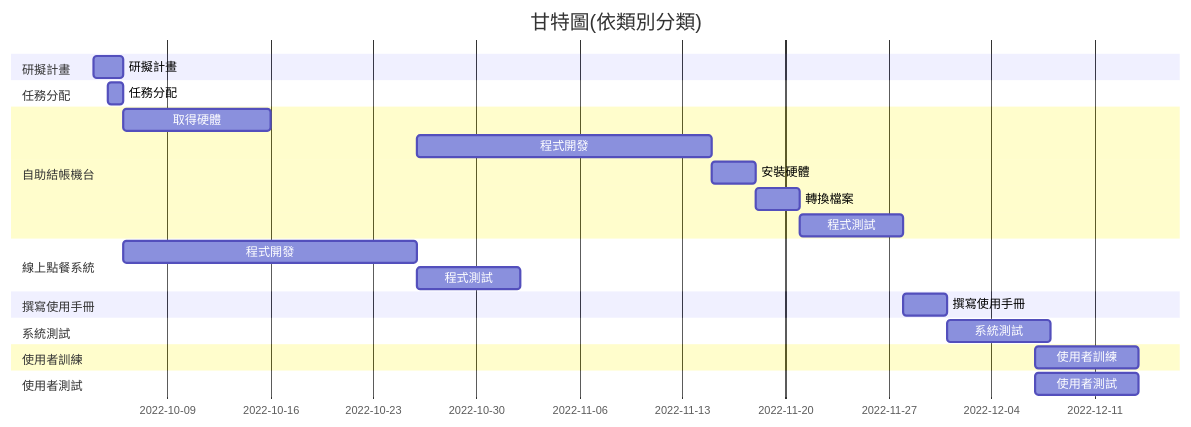
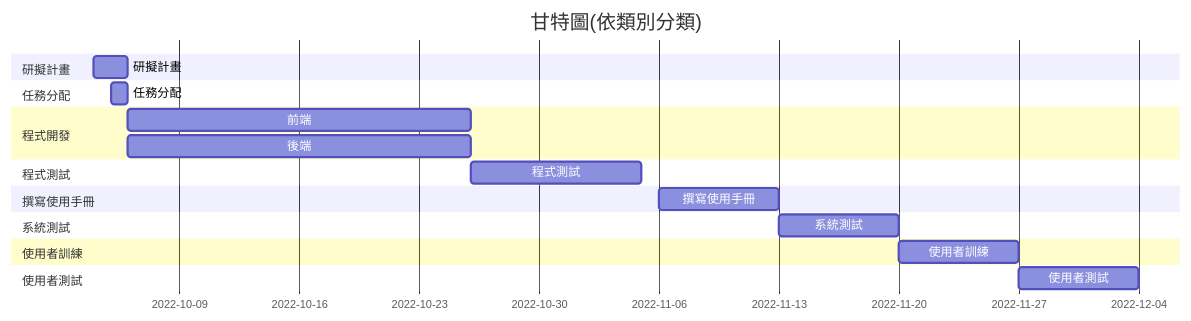
Before and after one commit to bingxueNKUST/group12: the diagram in README.md, drawn with Mermaid. The commit also changed other lines of this file, not shown here.

````diff
--- a/README.md
+++ b/README.md
@@ -47,32 +44,28 @@
     ```mermaid
     gantt
         title 甘特圖(依類別分類)
         section 研擬計畫
         研擬計畫:a1, 2022-10-04, 2d
 
         section 任務分配
         任務分配:2022-10-05  , 1d
 
-        section 自助結帳機台
-        取得硬體:2022-10-06, 10d
-        程式開發:2022-10-26, 20d
-        安裝硬體:2022-11-15, 3d
-        轉換檔案:2022-11-18, 3d
-        程式測試:2022-11-21, 7d
+        section 程式開發
+        前端:2022-10-06, 20d
+        後端:2022-10-06, 20d
 
-        section 線上點餐系統
-        程式開發:2022-10-6, 20d
-        程式測試:2022-10-26, 7d
+        section 程式測試
+        程式測試:2022-10-26, 10d
 
         section 撰寫使用手冊
-        撰寫使用手冊:2022-11-28, 3d
+        撰寫使用手冊:2022-11-06, 7d
 
         section 系統測試
-        系統測試:2022-12-01, 7d
+        系統測試:2022-11-13, 7d
 
         section 使用者訓練
-        使用者訓練:2022-12-07, 7d
+        使用者訓練:2022-11-20, 7d
 
         section 使用者測試
-        使用者測試:2022-12-07, 7d
+        使用者測試:2022-11-27, 7d
     ```
````
